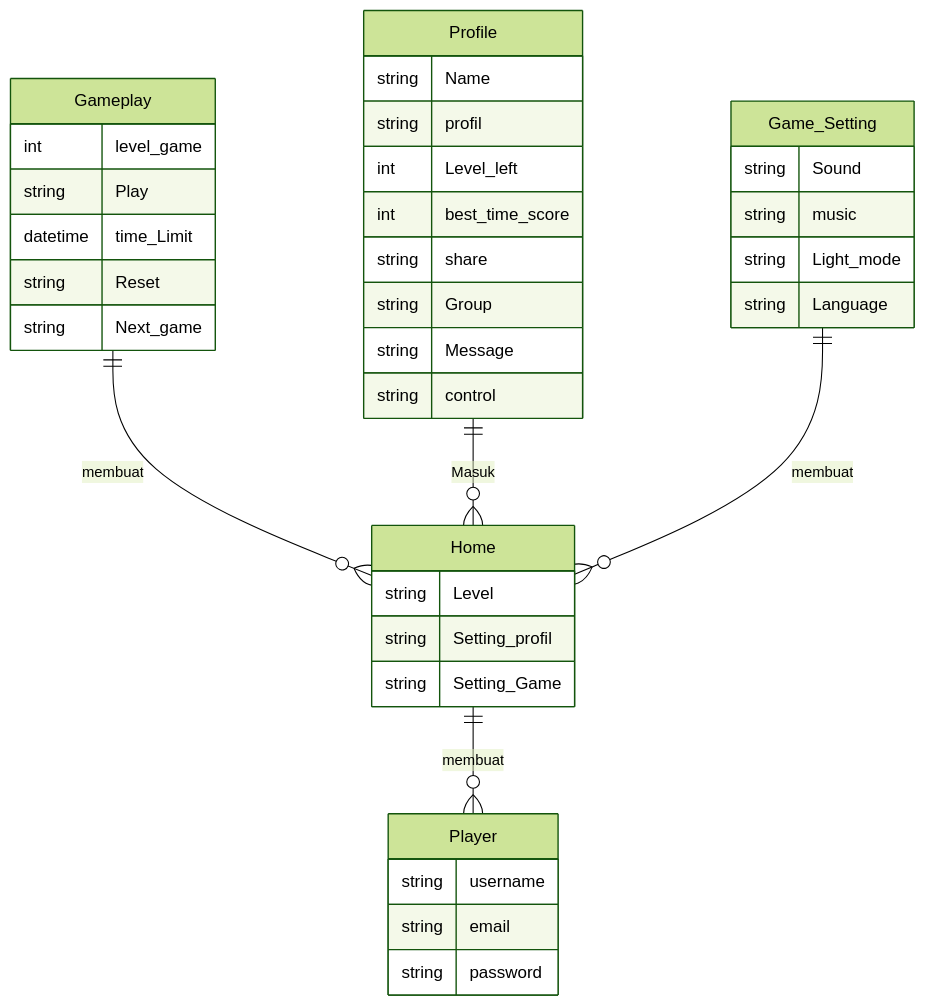
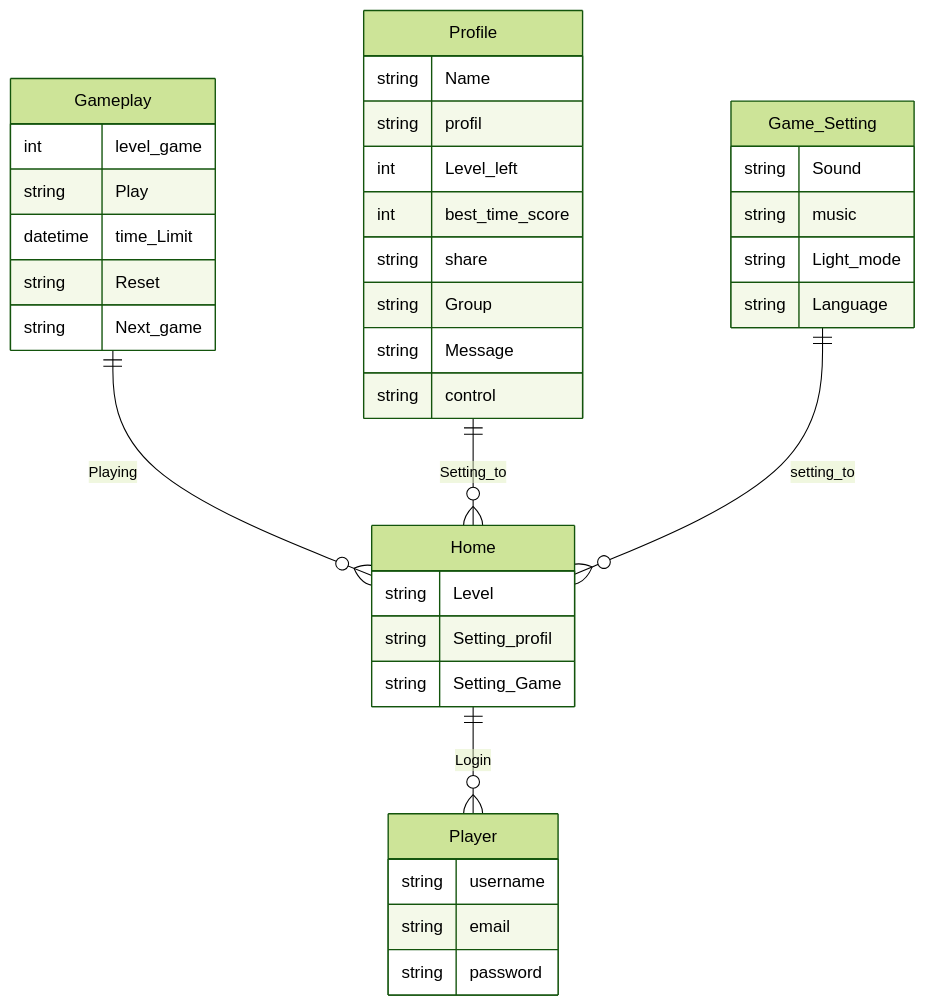
The first of 2 diagrams in review.md (Nightroom/Memoryasmaulhusna.github.io), drawn with Mermaid (forest theme) before and after one commit.

````diff
--- a/review.md
+++ b/review.md
@@ -44,44 +44,44 @@
 ```mermaid
 
 erDiagram
 
-  Gameplay ||--o{ Home  : membuat 
+  Gameplay ||--o{ Home  : Playing 
   Gameplay {
     int level_game
     string Play
     datetime time_Limit 
     string Reset
     string Next_game  
   }
     Player {
     string username
     string email
     string password
     
   }
-    Profile ||--o{ Home  : Masuk
+    Profile ||--o{ Home  : Setting_to
     Profile {
     string Name
     string profil 
     int Level_left 
     int best_time_score
     string share
     string Group
     string Message
     string control
     
   }
-Game_Setting ||--o{ Home  : membuat 
+Game_Setting ||--o{ Home  : setting_to 
   Game_Setting {
     string Sound
     string music 
     string Light_mode
     string Language 
   }
-  Home ||--o{ Player  : membuat 
+  Home ||--o{ Player  : Login
   Home {
     string Level
     string Setting_profil
     string Setting_Game
   }
 ```
````
